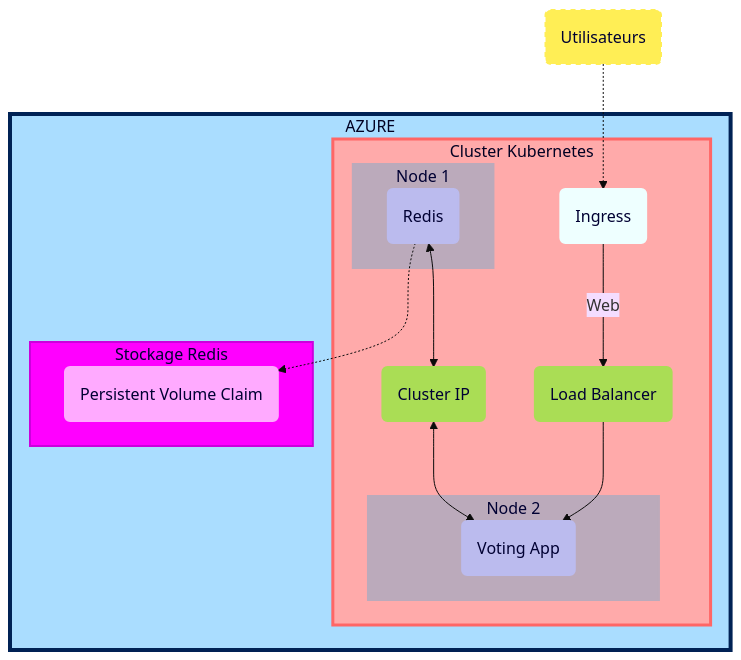
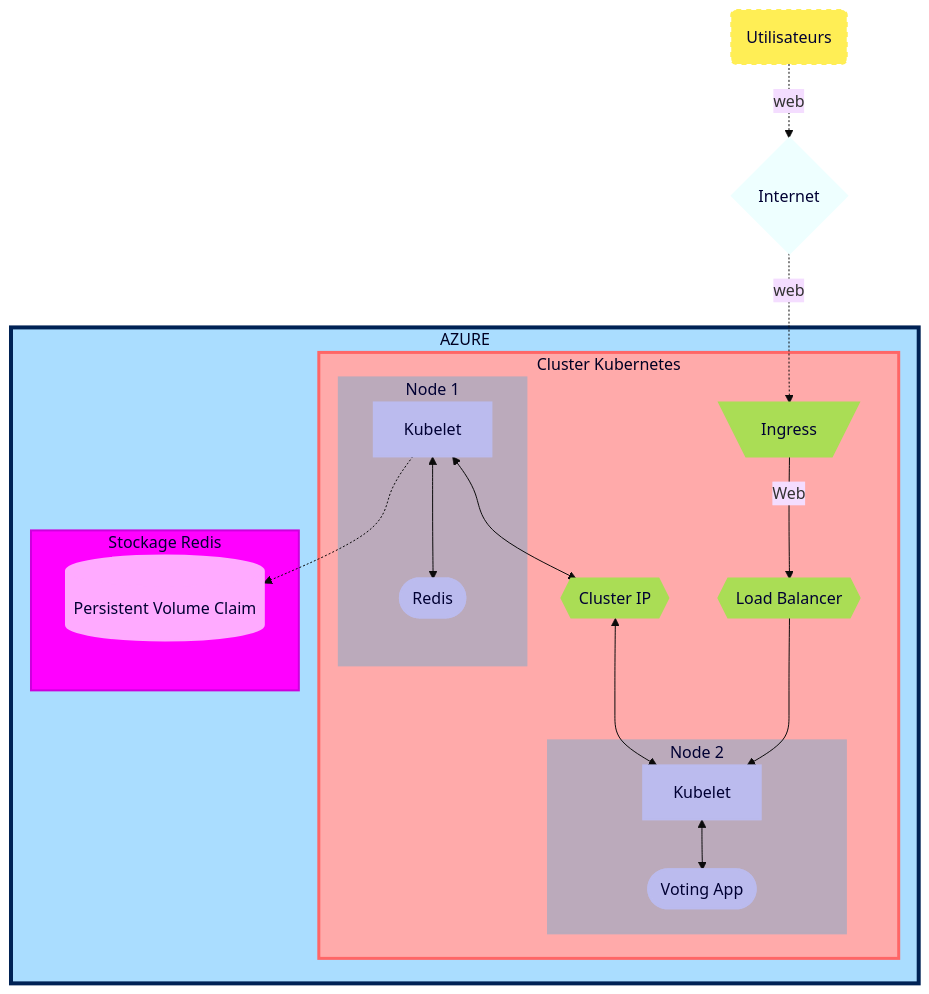
The diagram in Plan_d'Action.md (Simplon-Luna/b6_Luna), drawn with Mermaid (base theme) before and after one commit. The commit also changed other lines of this file, not shown here.

````diff
--- a/Plan_d'Action.md
+++ b/Plan_d'Action.md
@@ -55,52 +54,56 @@
 ```mermaid
 flowchart TD
 
 user(Utilisateurs)
-
+web{Internet}
     subgraph AZ [AZURE]
         
         subgraph Cluster [Cluster Kubernetes]
-            appGW(Load Balancer)
-            cluster(Cluster IP)
-            Nginx(Ingress)
+            appGW{{Load Balancer}}
+            cluster{{Cluster IP}}
+            Nginx[\Ingress/]
 
             subgraph n1 [Node 1]
-                KT-temp1(Redis)
+                KT-temp1[Kubelet]
+                redis([Redis])
+                KT-temp1 <--> redis
             end
 
             subgraph n2 [Node 2]
-                KT-temp2(Voting App)
+                KT-temp2[Kubelet]
+                vapp([Voting App])
+                KT-temp2 <--> vapp
             end
         end
 
         subgraph BDD [Stockage Redis]
-            Stock(Persistent Volume Claim)
+            Stock[(Persistent Volume Claim)]
         end
 
     end
 
 appGW --> KT-temp2
 KT-temp1 -.-> Stock
-user -.-> Nginx --> |Web| appGW
+user -.-> |web| web -.-> |web| Nginx --> |Web| appGW
 KT-temp1 <--> cluster <--> KT-temp2
 
     classDef rouge fill:#faa,stroke:#f66,stroke-width:3px,color:#002;
     class Cluster, rouge;
     classDef bleu fill:#adf,stroke:#025,stroke-width:4px,color:#002;
     class AZ, bleu;
     classDef fuschia fill:#f0f,stroke:#c0d,stroke-width:2px,color:#003;
     class BDD, fuschia;
     classDef vert fill:#ad5,stroke:#ad5,stroke-width:2px,color:#003;
-    class appGW,cluster, vert;
+    class appGW,cluster,Nginx, vert;
     classDef rose fill:#faf,stroke:#faf,stroke-width:2px,color:#003;
     class Stock, rose;
     classDef jaune fill:#fe5,stroke:#fe5,stroke-width:2px,color:#003,stroke-dasharray: 5 5;
     class user, jaune;
     classDef blanc fill:#eff,stroke:#eff,stroke-width:2px,color:#003;
-    class Nginx, blanc;
+    class web, blanc;
     classDef gris fill:#bab,stroke:#bab,stroke-width:2px,color:#003;
     class n1,n2, gris;
     classDef bleugris fill:#bbe,stroke:#bbe,stroke-width:2px,color:#003;
-    class KT-temp1,KT-temp2, bleugris;
+    class KT-temp1,KT-temp2,redis,vapp, bleugris;
 
 ```
````
